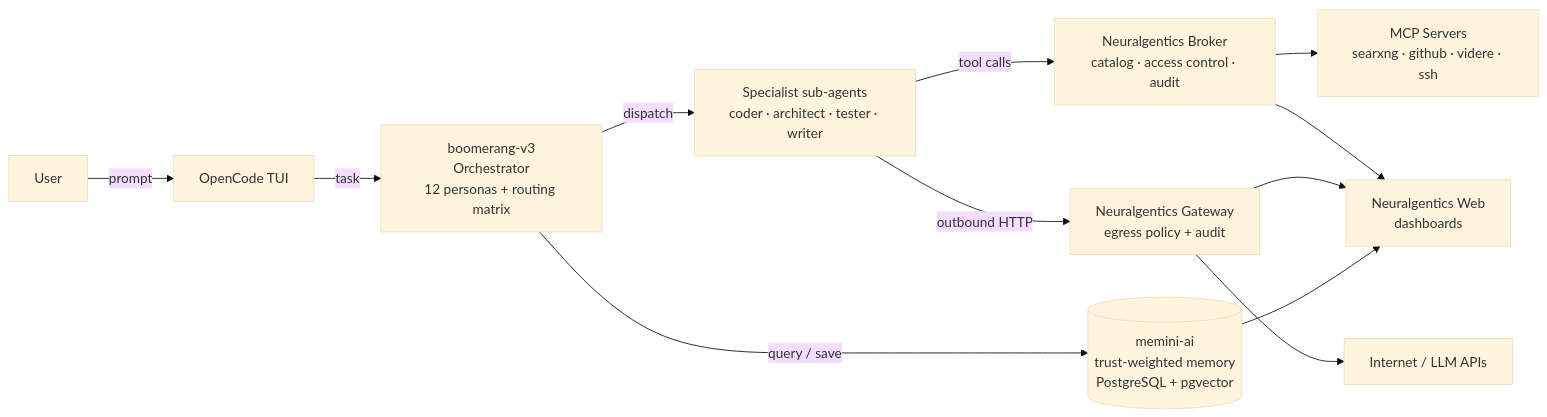
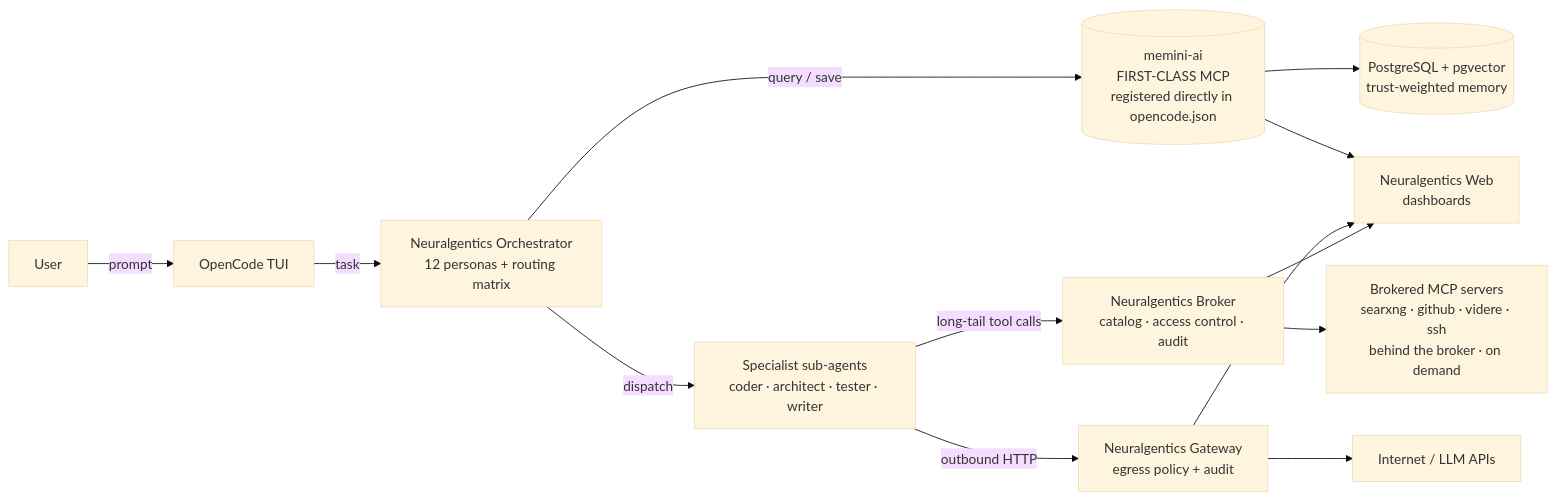
The diagram in README.md (Veedubin/Boomerang-v3), drawn with Mermaid (base theme) before and after one commit. The commit also changed other lines of this file, not shown here.

Commit message:
docs: ecosystem diagram shows first-class (memini-ai) vs brokered MCP split

````diff
--- a/README.md
+++ b/README.md
@@ -29,14 +29,15 @@
 ```mermaid
 flowchart LR
     U[User] -->|prompt| OC[OpenCode TUI]
-    OC -->|task| ORCH["boomerang-v3<br/>Orchestrator<br/>12 personas + routing matrix"]
-    ORCH -->|query / save| MEM[("memini-ai<br/>trust-weighted memory<br/>PostgreSQL + pgvector")]
+    OC -->|task| ORCH["Neuralgentics Orchestrator<br/>12 personas + routing matrix"]
+    ORCH -->|query / save| MEM[("memini-ai<br/>FIRST-CLASS MCP<br/>registered directly in opencode.json")]
+    MEM --> PG[("PostgreSQL + pgvector<br/>trust-weighted memory")]
     ORCH -->|dispatch| AG["Specialist sub-agents<br/>coder · architect · tester · writer"]
-    AG -->|"tool calls"| BRK["Neuralgentics Broker<br/>catalog · access control · audit"]
-    BRK --> MCP["MCP Servers<br/>searxng · github · videre · ssh"]
+    AG -->|"long-tail tool calls"| BRK["Neuralgentics Broker<br/>catalog · access control · audit"]
+    BRK --> MCP["Brokered MCP servers<br/>searxng · github · videre · ssh<br/>behind the broker · on demand"]
     AG -->|outbound HTTP| GW["Neuralgentics Gateway<br/>egress policy + audit"]
     GW --> NET["Internet / LLM APIs"]
     MEM --> WEB["Neuralgentics Web<br/>dashboards"]
     GW --> WEB
     BRK --> WEB
 ```
````
